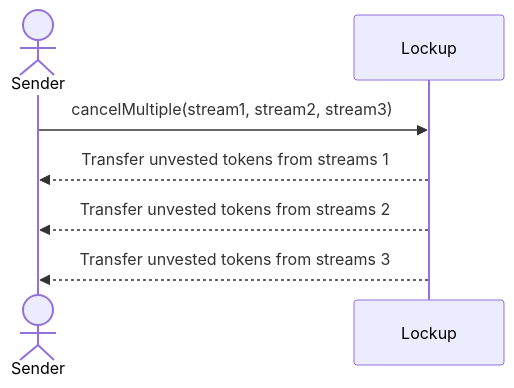
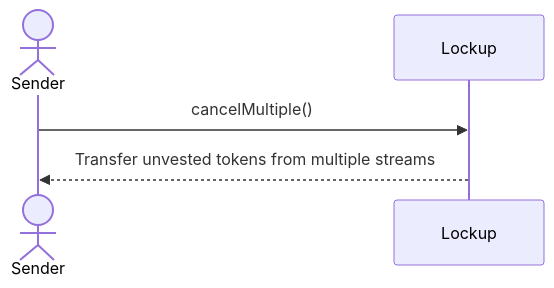
The fourth of 11 diagrams in docs/reference/lockup/04-access-control.md (sablier-labs/docs), drawn with Mermaid before and after one commit. The commit also changed other lines of this file and 3 other files, not shown here.

Commit message:
removes streamId from sequence diagrams categorizes diagrams in Flow access control simplifies diagrams in Lockup access control defines ongoing debt in Flow overview fixes definition of snapshot debt in Flow overview adds abbreviations in Flow diagrams

````diff
--- a/docs/reference/lockup/04-access-control.md
+++ b/docs/reference/lockup/04-access-control.md
@@ -75,9 +75,7 @@
 ```mermaid
 sequenceDiagram
   actor Sender
 
-  Sender ->> Lockup: cancelMultiple(stream1, stream2, stream3)
-  Lockup -->> Sender: Transfer unvested tokens from streams 1
-  Lockup -->> Sender: Transfer unvested tokens from streams 2
-  Lockup -->> Sender: Transfer unvested tokens from streams 3
+  Sender ->> Lockup: cancelMultiple()
+  Lockup -->> Sender: Transfer unvested tokens from multiple streams
 ```
````
